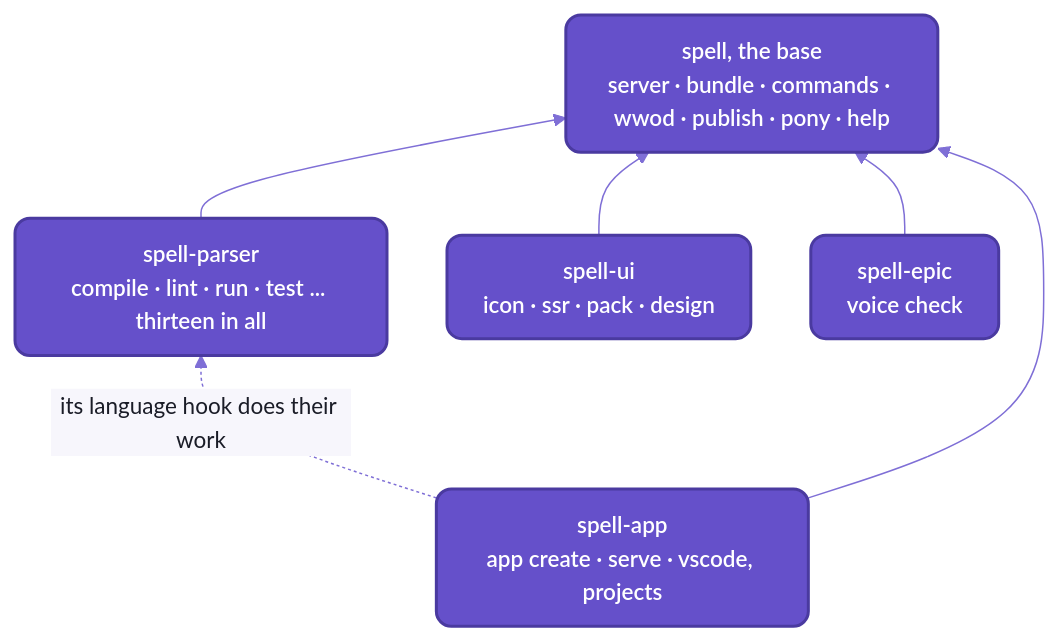
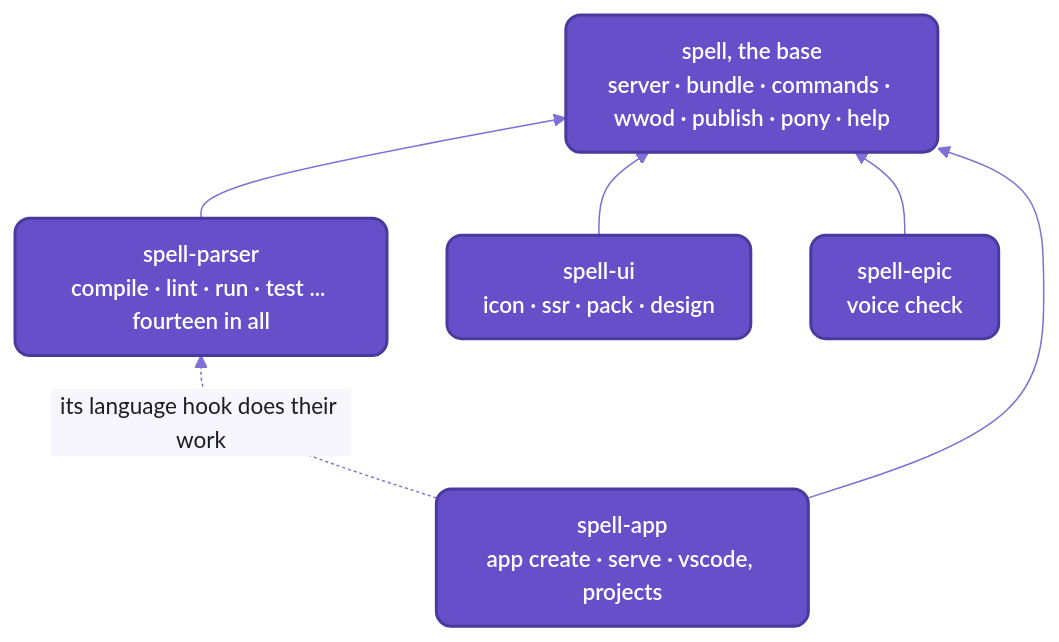
Before and after one commit to spell-app/spell: the diagram in README/cli.md, drawn with Mermaid. The commit also changed other lines of this file and 21 other files, not shown here.

````diff
--- a/README/cli.md
+++ b/README/cli.md
@@ -250,14 +250,14 @@
 ```mermaid
 %%{init: {"theme":"base","themeVariables":{"fontFamily":"-apple-system, BlinkMacSystemFont, Segoe UI, Helvetica, Arial, sans-serif","fontSize":"15px","primaryColor":"#EFECFB","primaryBorderColor":"#6550CA","primaryTextColor":"#1A1C27","secondaryColor":"#F4F1E9","tertiaryColor":"#F7F6FC","lineColor":"#7F6FD6","textColor":"#7F6FD6","clusterBkg":"#F7F6FC","clusterBorder":"#B9B0E8","titleColor":"#1A1C27","edgeLabelBackground":"#F7F6FC","actorBkg":"#EFECFB","actorBorder":"#6550CA","actorTextColor":"#1A1C27","actorLineColor":"#9C90DE","signalColor":"#7F6FD6","signalTextColor":"#7F6FD6","labelBoxBkgColor":"#EFECFB","labelBoxBorderColor":"#6550CA","labelTextColor":"#1A1C27","loopTextColor":"#7F6FD6","noteBkgColor":"#F1E7D4","noteBorderColor":"#C9B48A","noteTextColor":"#1A1C27","activationBkgColor":"#DCD6F7","activationBorderColor":"#6550CA","sequenceNumberColor":"#FFFFFF"},"flowchart":{"curve":"basis","padding":12,"nodeSpacing":40,"rankSpacing":44}}}%%
 flowchart BT
   base["spell, the base<br/>server · bundle · commands · wwod · publish · pony · help"]
-  lang["spell-parser<br/>compile · lint · run · test ... thirteen in all"] --> base
+  lang["spell-parser<br/>compile · lint · run · test ... fourteen in all"] --> base
   ui["spell-ui<br/>icon · ssr · pack · design"] --> base
   epic["spell-epic<br/>voice check"] --> base
   app["spell-app<br/>app create · serve · vscode, projects"] --> base
   app -. "its language hook does their work" .-> lang
   %% the Spell look:  yarn mermaid:pretty
   classDef default fill:#EFECFB,stroke:#6550CA,stroke-width:1.5px,color:#1A1C27,rx:8px,ry:8px
   classDef repo fill:#6550CA,stroke:#4A3AA0,stroke-width:2px,color:#FFFFFF,rx:10px,ry:10px,font-weight:600
   class base,lang,ui,epic,app repo
 ```
````
